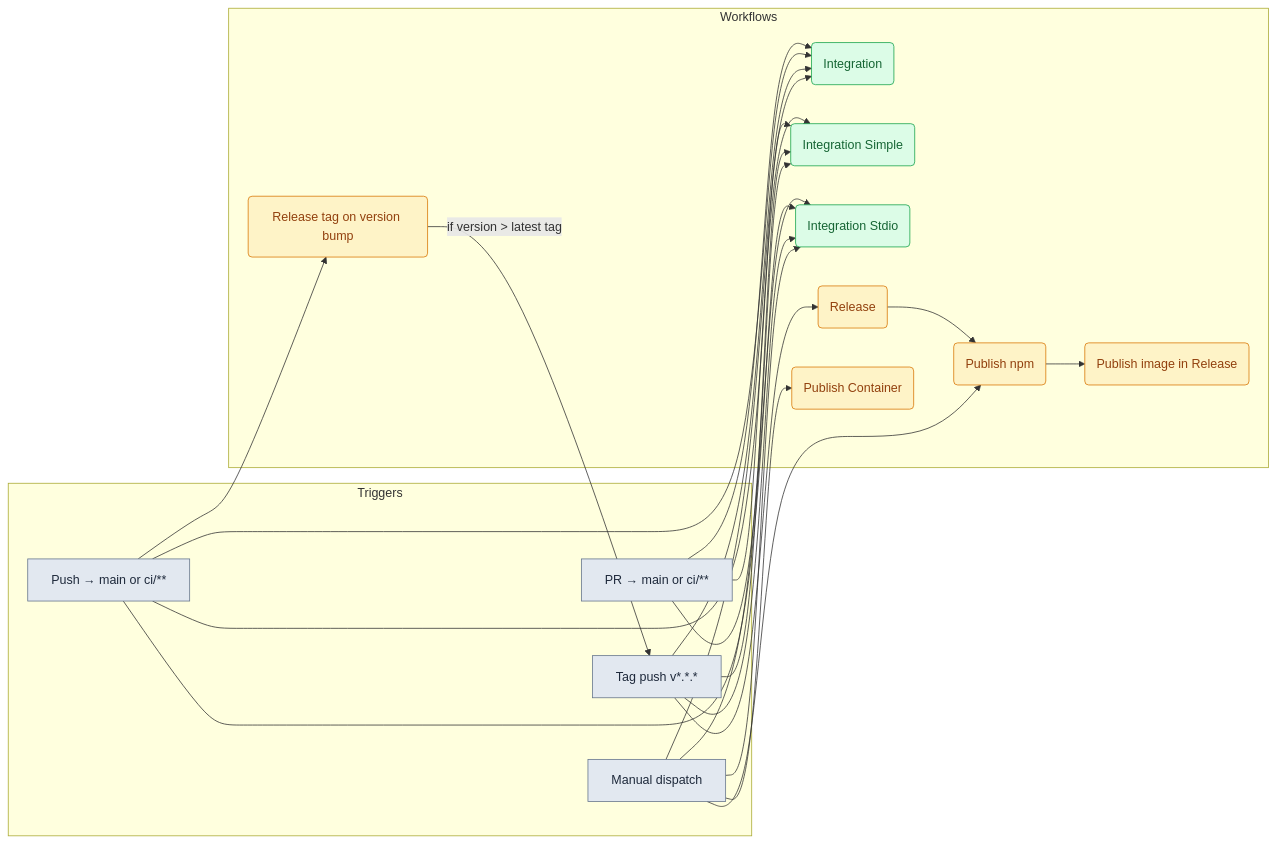
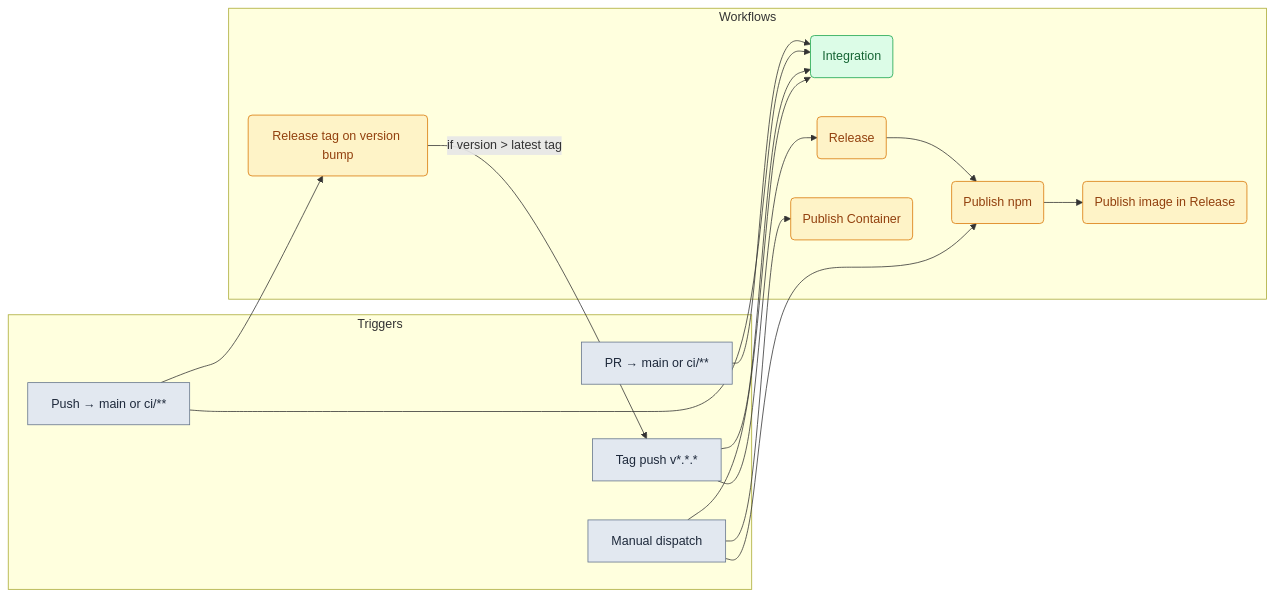
Before and after one commit to debian777/kairos-mcp: the first of 3 diagrams in .github/workflows/README.md, drawn with Mermaid. The commit also changed other lines of this file and 137 other files, not shown here.

````diff
--- a/.github/workflows/README.md
+++ b/.github/workflows/README.md
@@ -7,47 +7,37 @@
 ```mermaid
 flowchart LR
   subgraph triggers["Triggers"]
     PR[PR → main or ci/**]
     PUSH[Push → main or ci/**]
     TAG[Tag push v*.*.*]
     MANUAL[Manual dispatch]
   end
 
   subgraph workflows["Workflows"]
     INT(Integration)
-    INTS(Integration Simple)
-    INTSTD(Integration Stdio)
     RTAG(Release tag on version bump)
     REL(Release)
     PNPM(Publish npm)
     PIMG(Publish image in Release)
     PCONT(Publish Container)
   end
 
   PR --> INT
-  PR --> INTS
-  PR --> INTSTD
   PUSH --> INT
-  PUSH --> INTS
-  PUSH --> INTSTD
   PUSH --> RTAG
   TAG --> INT
-  TAG --> INTS
-  TAG --> INTSTD
   TAG --> REL
   RTAG -->|"if version > latest tag"| TAG
   REL --> PNPM
   PNPM --> PIMG
   MANUAL --> INT
-  MANUAL --> INTS
-  MANUAL --> INTSTD
   MANUAL --> PNPM
   MANUAL --> PCONT
 
   classDef trigger fill:#e2e8f0,stroke:#64748b,color:#1e293b
   classDef integration fill:#dcfce7,stroke:#16a34a,color:#166534
   classDef release fill:#fef3c7,stroke:#d97706,color:#92400e
   class PR,PUSH,TAG,MANUAL trigger
-  class INT,INTS,INTSTD integration
+  class INT integration
   class RTAG,REL,PNPM,PIMG,PCONT release
 ```
````
